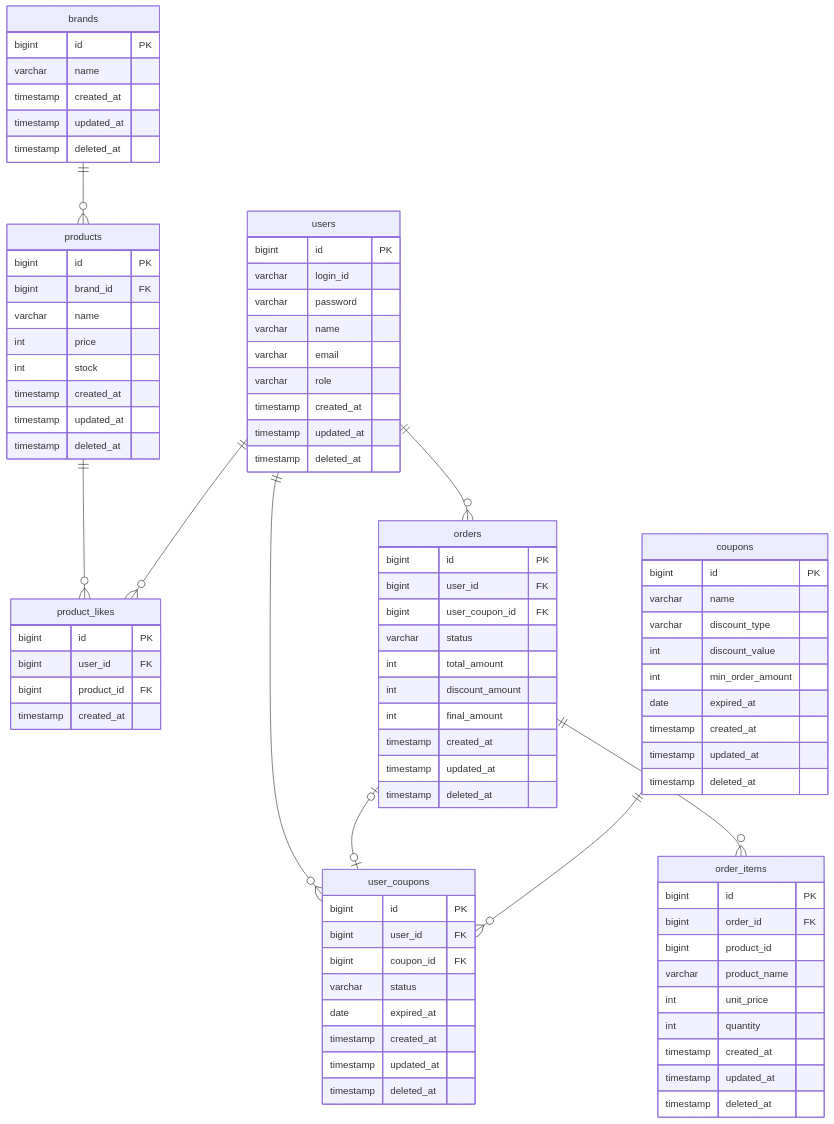
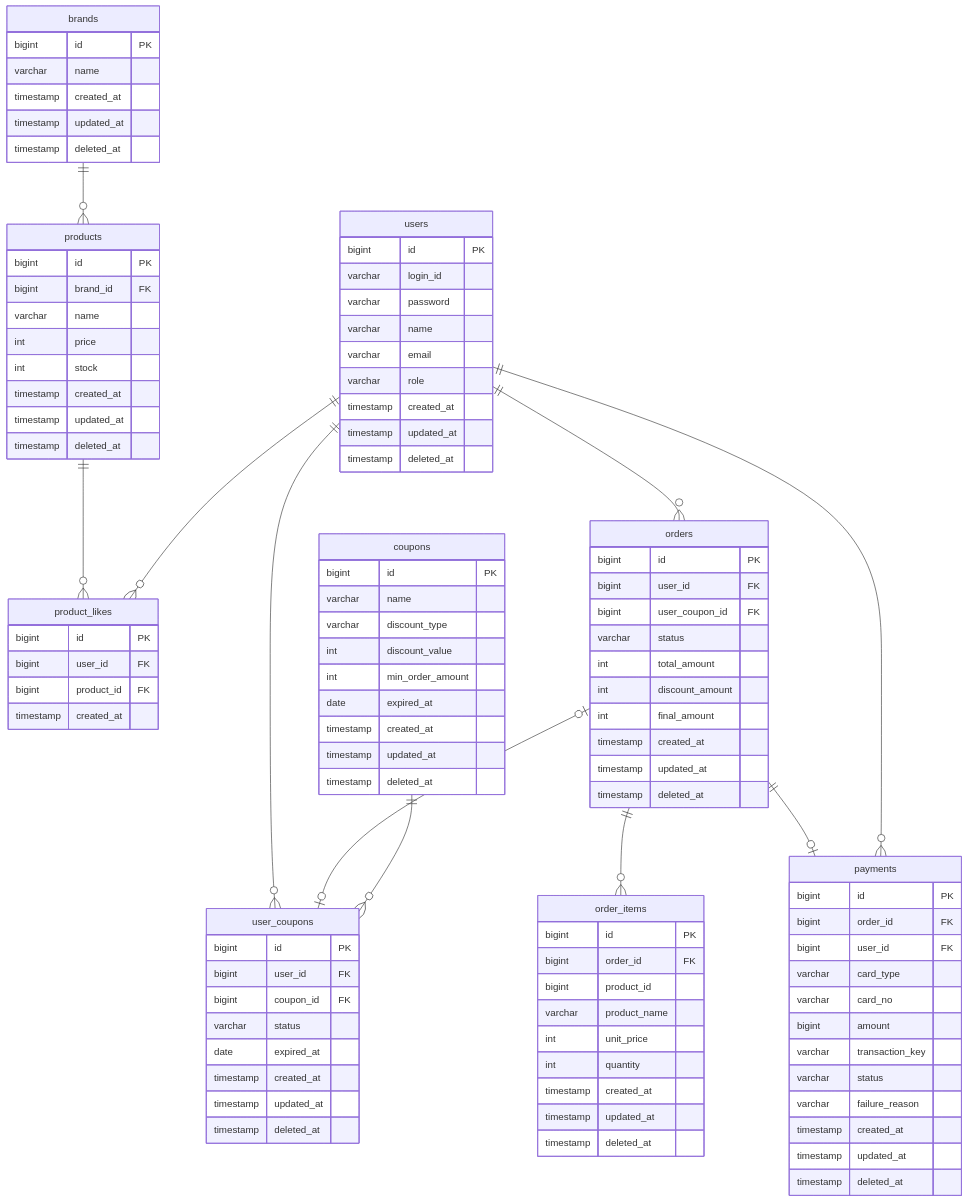
One commit to kimjunyoung90/loop-pack-be-l2-vol3-java changed the diagram in docs/design/04-erd.md. Above: the diagram before and after it, drawn with Mermaid. The commit also changed 4 other files, not shown here.

Commit message:
docs: 결제 도메인 설계 문서 추가 (요구사항, 시퀀스 다이어그램, 클래스 다이어그램, ERD, 용어집)

````diff
--- a/docs/design/04-erd.md
+++ b/docs/design/04-erd.md
@@ -98,4 +98,22 @@
     brands ||--o{ products : ""
     orders ||--o{ order_items : ""
     coupons ||--o{ user_coupons : ""
+
+    payments {
+        bigint id PK
+        bigint order_id FK
+        bigint user_id FK
+        varchar card_type
+        varchar card_no
+        bigint amount
+        varchar transaction_key
+        varchar status
+        varchar failure_reason
+        timestamp created_at
+        timestamp updated_at
+        timestamp deleted_at
+    }
+
+    orders ||--o| payments : ""
+    users ||--o{ payments : ""
 ```
````
